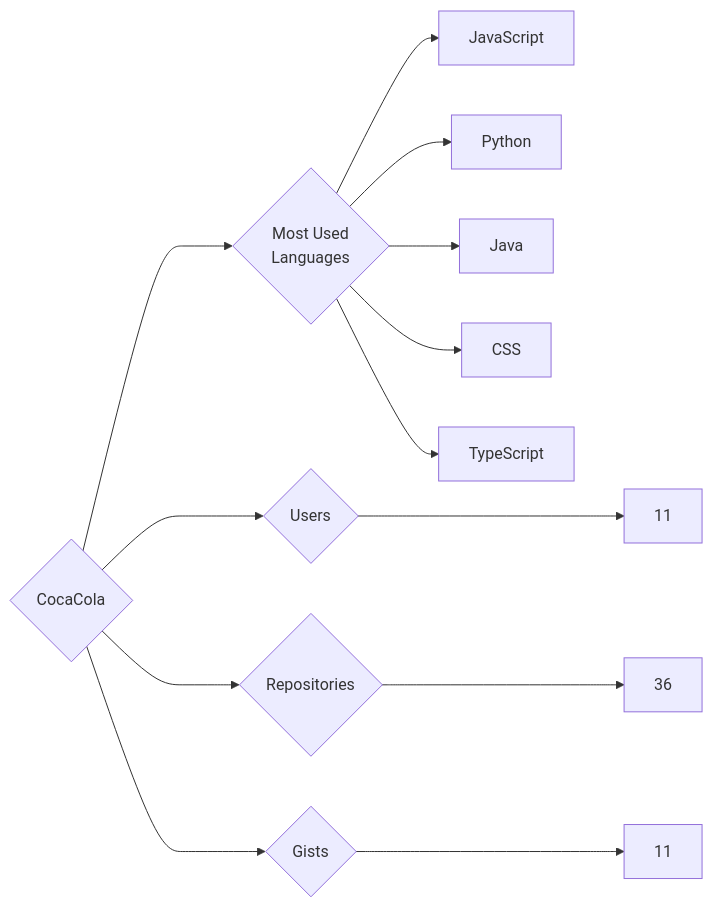
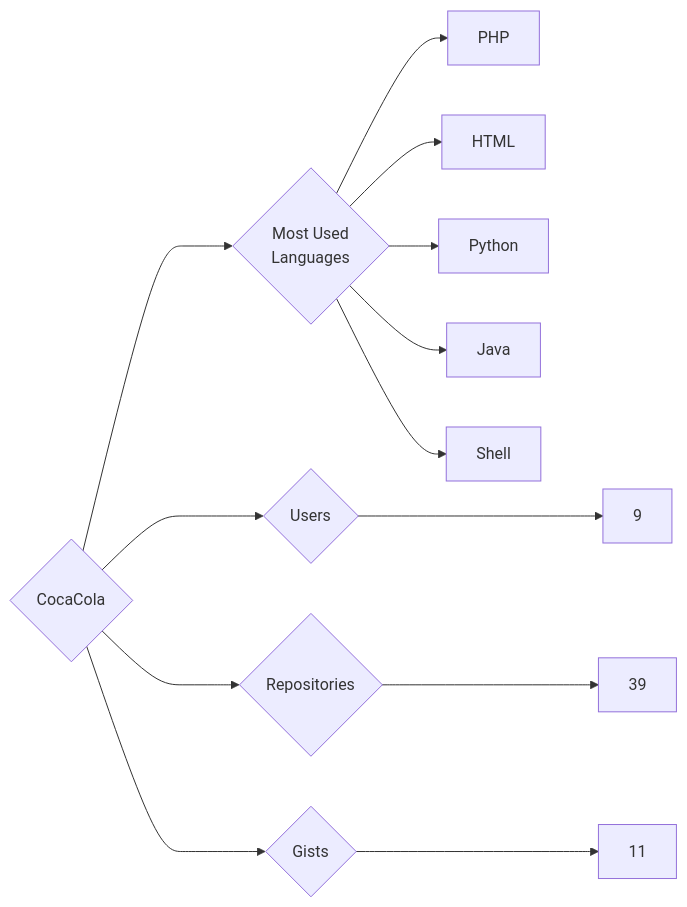
One commit to trickest/insiders changed the diagram in targets/CocaCola/README.md. Above: the diagram before and after it, drawn with Mermaid. The commit also changed 916 other files, not shown here.

````diff
--- a/targets/CocaCola/README.md
+++ b/targets/CocaCola/README.md
@@ -3,13 +3,13 @@
 ```mermaid
 graph LR
 COMPANY_NAME{CocaCola}
-COMPANY_NAME ---> U{Users} ---> UN[11]
-COMPANY_NAME ---> R{Repositories} ---> RN[36]
+COMPANY_NAME ---> U{Users} ---> UN[9]
+COMPANY_NAME ---> R{Repositories} ---> RN[39]
 COMPANY_NAME ---> G{Gists} ---> GN[11]
 COMPANY_NAME ---> ML{Most Used<br>Languages}
-ML --> JavaScript[JavaScript]
+ML --> PHP[PHP]
+ML --> HTML[HTML]
 ML --> Python[Python]
 ML --> Java[Java]
-ML --> CSS[CSS]
-ML --> TypeScript[TypeScript]
+ML --> Shell[Shell]
 ```
````
